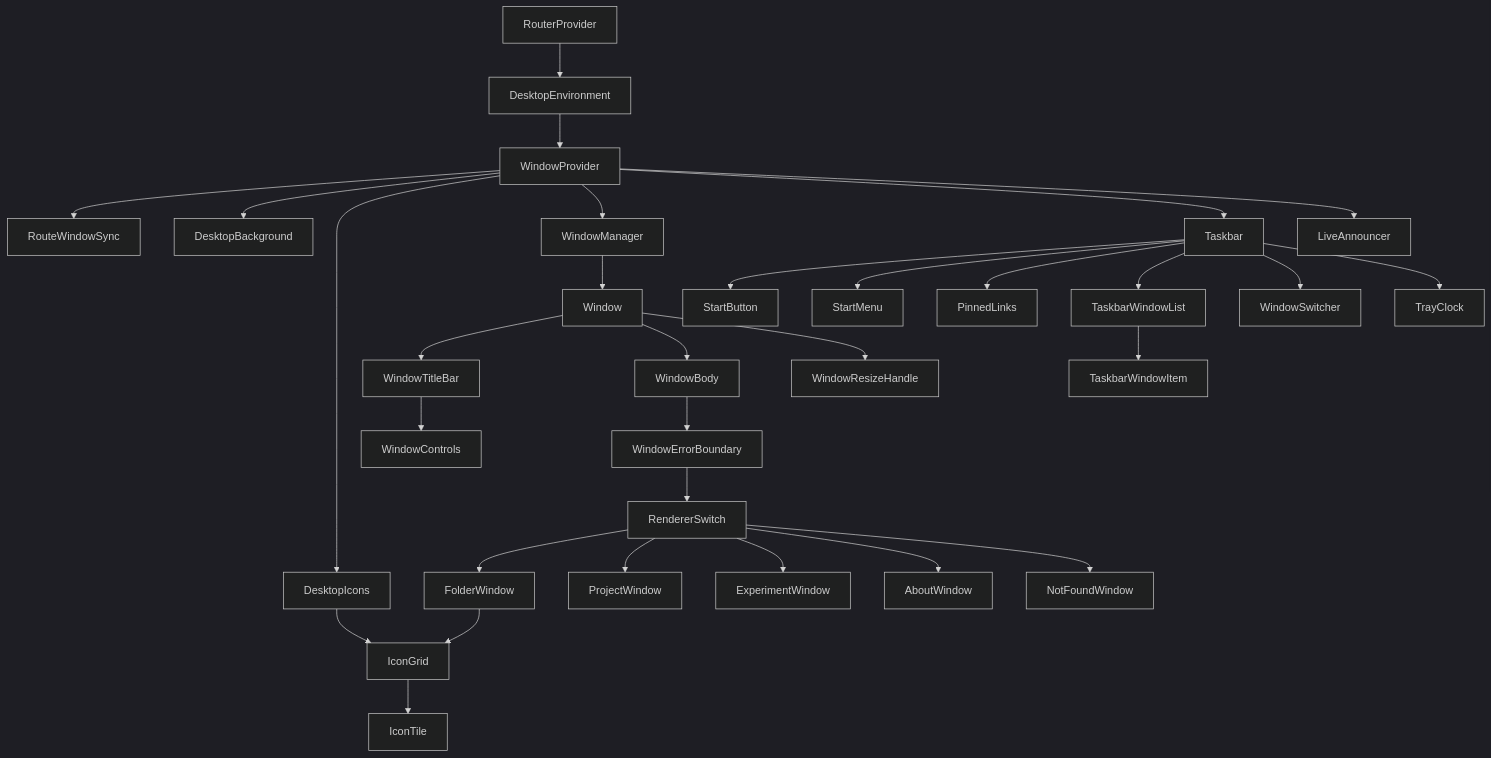
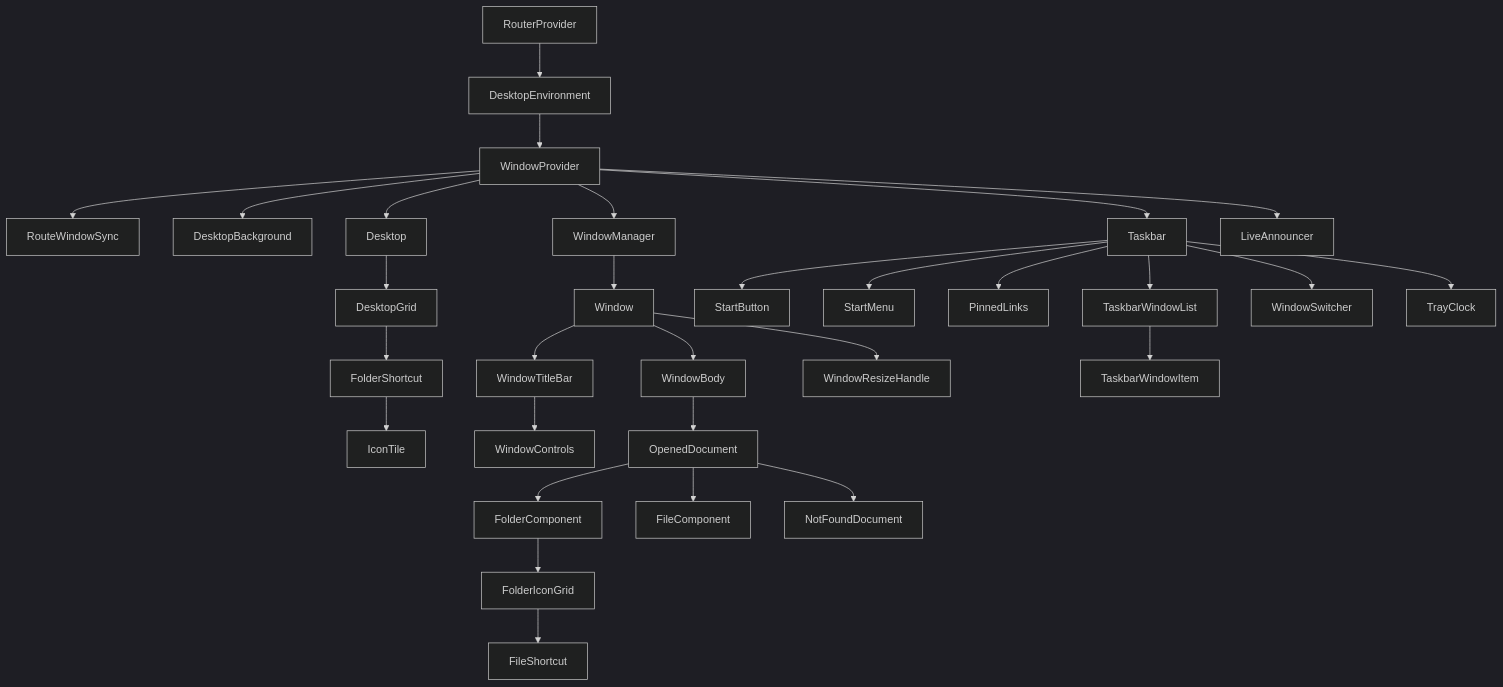
One commit to Levy4380/Portfolio changed the first of 3 diagrams in design.md. Above: the diagram before and after it, drawn with Mermaid (dark theme). The commit also changed other lines of this file and 102 other files, not shown here.

````diff
--- a/design.md
+++ b/design.md
@@ -325,33 +328,32 @@
 ```mermaid
 flowchart TD
   RouterProvider --> DesktopEnvironment
   DesktopEnvironment --> WindowProvider
   WindowProvider --> RouteWindowSync
   WindowProvider --> DesktopBackground
-  WindowProvider --> DesktopIcons
+  WindowProvider --> Desktop
   WindowProvider --> WindowManager
   WindowProvider --> Taskbar
   WindowProvider --> LiveAnnouncer
-  DesktopIcons --> IconGrid
-  IconGrid --> IconTile
+  Desktop --> DesktopGrid
+  DesktopGrid --> FolderShortcut
+  FolderShortcut --> IconTile
   WindowManager --> Window
   Window --> WindowTitleBar
   WindowTitleBar --> WindowControls
   Window --> WindowBody
   Window --> WindowResizeHandle
-  WindowBody --> WindowErrorBoundary
-  WindowErrorBoundary --> RendererSwitch
-  RendererSwitch --> FolderWindow
-  RendererSwitch --> ProjectWindow
-  RendererSwitch --> ExperimentWindow
-  RendererSwitch --> AboutWindow
-  RendererSwitch --> NotFoundWindow
-  FolderWindow --> IconGrid
+  WindowBody --> OpenedDocument
+  OpenedDocument --> FolderComponent
+  OpenedDocument --> FileComponent
+  OpenedDocument --> NotFoundDocument
+  FolderComponent --> FolderIconGrid
+  FolderIconGrid --> FileShortcut
   Taskbar --> StartButton
   Taskbar --> StartMenu
   Taskbar --> PinnedLinks
   Taskbar --> TaskbarWindowList
   TaskbarWindowList --> TaskbarWindowItem
   Taskbar --> WindowSwitcher
   Taskbar --> TrayClock
 ```
````
